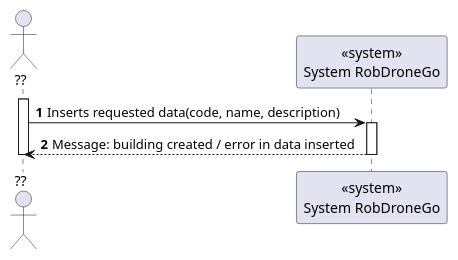
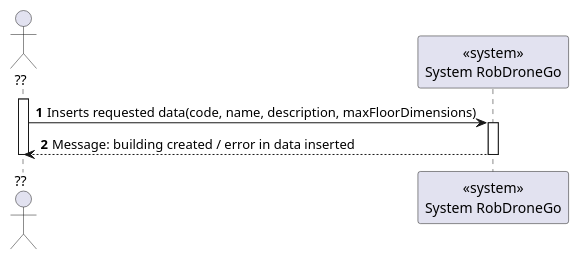
The diagram in docs/us150/level1/process_view.puml (Departamento-de-Engenharia-Informatica/lapr5-23-24-g19), drawn with PlantUML before and after one commit. The commit also changed 4 other files, not shown here.

```diff
--- a/docs/us150/level1/process_view.puml
+++ b/docs/us150/level1/process_view.puml
@@ -1,16 +1,16 @@
 @startuml
 autonumber
 
 actor "??" as actor
 participant "<<system>>\nSystem RobDroneGo" as sys
 
 activate actor
-    actor -> sys: Inserts requested data(code, name, description)
+    actor -> sys: Inserts requested data(code, name, description, maxFloorDimensions)
 
     activate sys
     sys --> actor : Message: building created / error in data inserted
     deactivate sys
 deactivate actor
 
 
 @enduml
```
